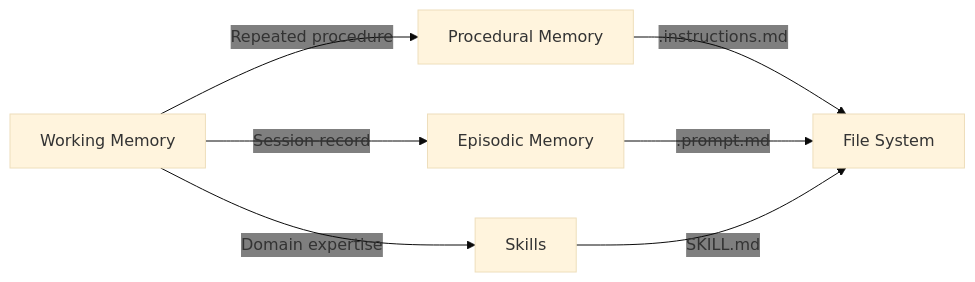
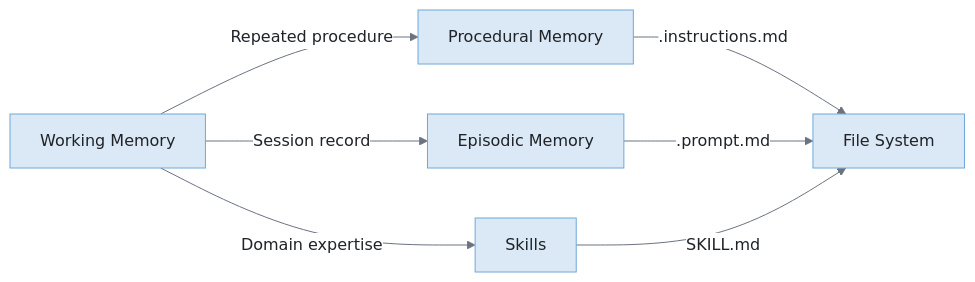
The second of 4 diagrams in alex_docs/architecture/MEMORY-SYSTEMS.md (fabioc-aloha/Alex_Plug_In), drawn with Mermaid before and after one commit. The commit also changed other lines of this file and 307 other files, not shown here.

````diff
--- a/alex_docs/architecture/MEMORY-SYSTEMS.md
+++ b/alex_docs/architecture/MEMORY-SYSTEMS.md
@@ -90,13 +90,13 @@
 ```mermaid
-%%{init: {'theme': 'base', 'themeVariables': {'edgeLabelBackground': 'transparent'}}}%%
+%%{init: {'theme': 'base', 'themeVariables': {'background': '#f8f9fa', 'primaryColor': '#dbe9f6', 'primaryTextColor': '#1f2328', 'primaryBorderColor': '#6ea8d9', 'lineColor': '#6b7280', 'secondaryColor': '#d1f5ef', 'secondaryBorderColor': '#5ab5a0', 'tertiaryColor': '#ede7f6', 'tertiaryBorderColor': '#b39ddb', 'edgeLabelBackground': '#ffffff', 'fontFamily': 'Segoe UI, system-ui, sans-serif'}}}%%
 flowchart LR
     WM[Working Memory]
 
     WM -->|Repeated procedure| PM[Procedural Memory]
     WM -->|Session record| EM[Episodic Memory]
     WM -->|Domain expertise| SK[Skills]
 
     PM -->|".instructions.md"| FS[File System]
     EM -->|".prompt.md"| FS
     SK -->|"SKILL.md"| FS
 ```
````
